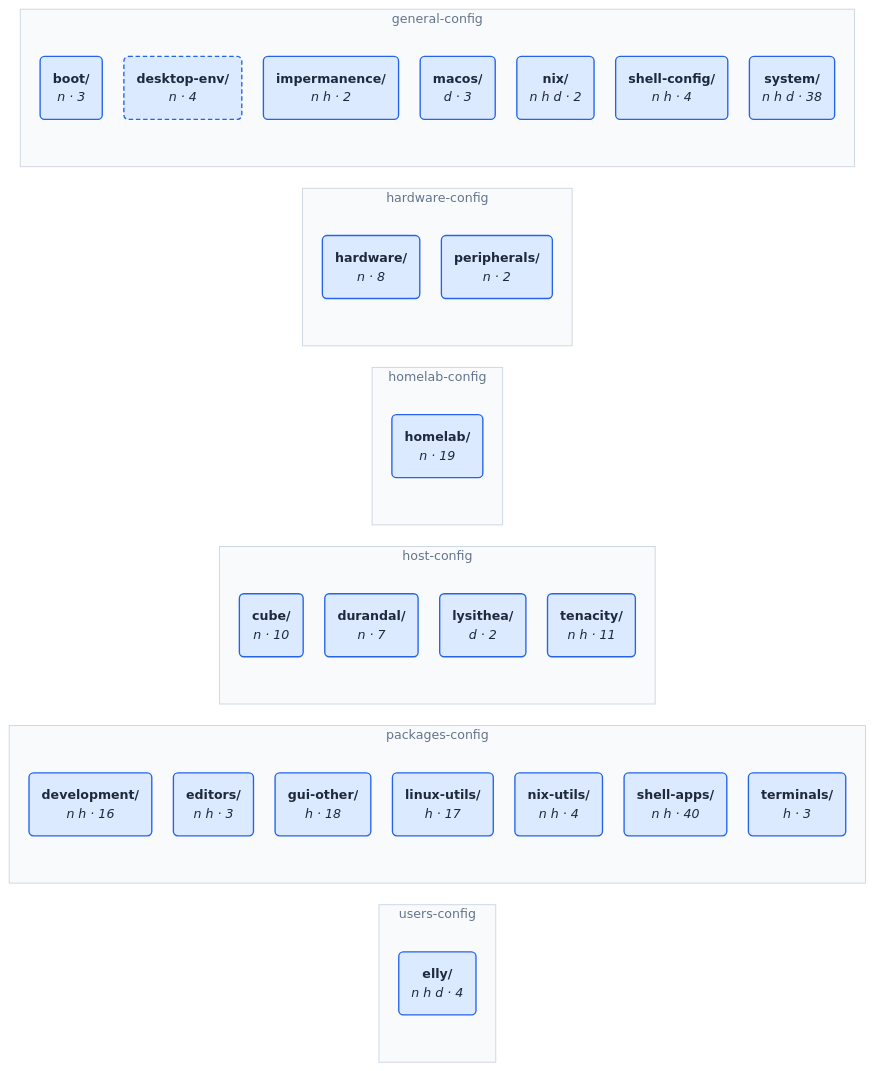
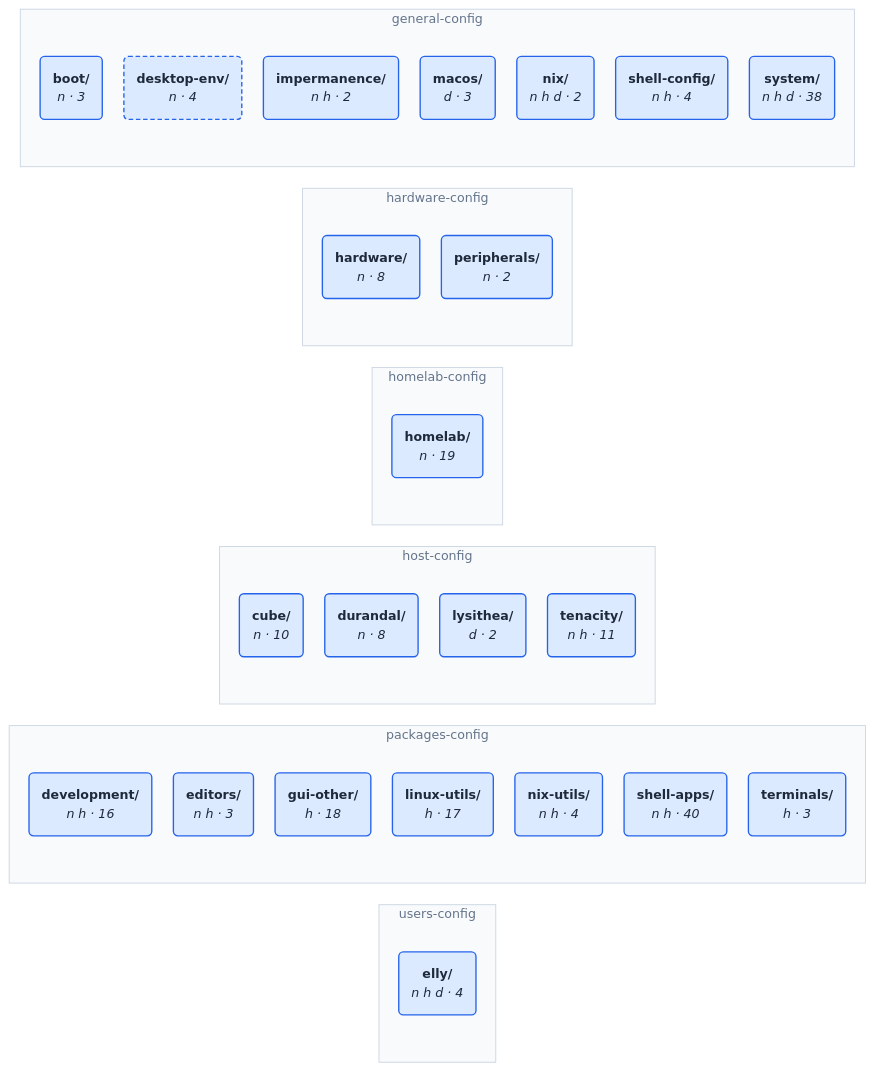
Before and after one commit to NireBryce/nixos-configs: the diagram in wiki/architecture.md, drawn with Mermaid. The commit also changed 3 other files, not shown here.

````diff
--- a/wiki/architecture.md
+++ b/wiki/architecture.md
@@ -98,54 +98,54 @@
 ```mermaid
 %%{init: {"theme": "base", "themeVariables": {"fontFamily": "ui-sans-serif, system-ui, sans-serif", "fontSize": "14px", "lineColor": "#94a3b8"}, "flowchart": {"curve": "basis", "nodeSpacing": 24, "rankSpacing": 80, "padding": 14}}}%%
 flowchart LR
     subgraph g0["users-config"]
         n27("<b>elly/</b><br/><i>n h d · 4</i>")
     end
     subgraph g1["packages-config"]
         n20("<b>development/</b><br/><i>n h · 16</i>")
         n21("<b>editors/</b><br/><i>n h · 3</i>")
         n22("<b>gui-other/</b><br/><i>h · 18</i>")
         n23("<b>linux-utils/</b><br/><i>h · 17</i>")
         n24("<b>nix-utils/</b><br/><i>n h · 4</i>")
         n25("<b>shell-apps/</b><br/><i>n h · 40</i>")
         n26("<b>terminals/</b><br/><i>h · 3</i>")
     end
     subgraph g2["host-config"]
         n16("<b>cube/</b><br/><i>n · 10</i>")
-        n17("<b>durandal/</b><br/><i>n · 7</i>")
+        n17("<b>durandal/</b><br/><i>n · 8</i>")
         n18("<b>lysithea/</b><br/><i>d · 2</i>")
         n19("<b>tenacity/</b><br/><i>n h · 11</i>")
     end
     subgraph g3["homelab-config"]
         n15("<b>homelab/</b><br/><i>n · 19</i>")
     end
     subgraph g4["hardware-config"]
         n13("<b>hardware/</b><br/><i>n · 8</i>")
         n14("<b>peripherals/</b><br/><i>n · 2</i>")
     end
     subgraph g5["general-config"]
         n6("<b>boot/</b><br/><i>n · 3</i>")
         n7("<b>desktop-env/</b><br/><i>n · 4</i>")
         n8("<b>impermanence/</b><br/><i>n h · 2</i>")
         n9("<b>macos/</b><br/><i>d · 3</i>")
         n10("<b>nix/</b><br/><i>n h d · 2</i>")
         n11("<b>shell-config/</b><br/><i>n h · 4</i>")
         n12("<b>system/</b><br/><i>n h d · 38</i>")
     end
     style g0 fill:#f8fafc,stroke:#cbd5e1,color:#64748b
     style g1 fill:#f8fafc,stroke:#cbd5e1,color:#64748b
     style g2 fill:#f8fafc,stroke:#cbd5e1,color:#64748b
     style g3 fill:#f8fafc,stroke:#cbd5e1,color:#64748b
     style g4 fill:#f8fafc,stroke:#cbd5e1,color:#64748b
     style g5 fill:#f8fafc,stroke:#cbd5e1,color:#64748b
     classDef area fill:#f8fafc,stroke:#cbd5e1,color:#1e293b,stroke-width:1.5px
     classDef category fill:#dbeafe,stroke:#2563eb,color:#1e293b,stroke-width:1.5px
     classDef folder fill:#f1f5f9,stroke:#94a3b8,color:#1e293b,stroke-width:1.5px
     classDef module fill:#ffffff,stroke:#94a3b8,color:#1e293b,stroke-width:1.5px
     classDef aggregate fill:#ffffff,stroke:#f59e0b,color:#1e293b,stroke-width:1.5px
     classDef missing fill:#fee2e2,stroke:#ef4444,color:#1e293b,stroke-width:1.5px
     classDef orphan fill:#fff1f2,stroke:#e11d48,color:#1e293b,stroke-width:2.5px
     classDef bymodule stroke-dasharray:5 3
     class n6,n7,n8,n9,n10,n11,n12,n13,n14,n15,n16,n17,n18,n19,n20,n21,n22,n23,n24,n25,n26,n27 category
     class n7 bymodule
 ```
````
